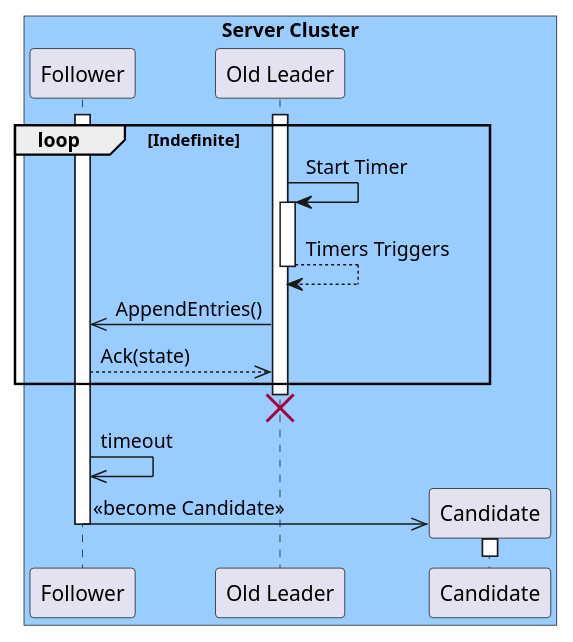
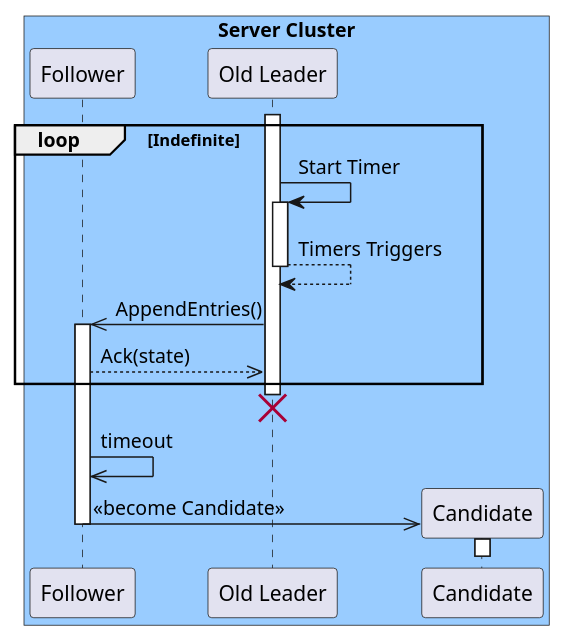
The diagram in doc/plantuml/seqDiagrams/Candidatura.plantuml (thedevstone/akka-raft), drawn with PlantUML before and after one commit. The commit also changed 5 other files, not shown here.

Commit message:
fixed diagram J

```diff
--- a/doc/plantuml/seqDiagrams/Candidatura.plantuml
+++ b/doc/plantuml/seqDiagrams/Candidatura.plantuml
@@ -1,22 +1,21 @@
 @startuml
   box "Server Cluster" #99CCFF 
     participant "Follower" as Follower
     participant "Old Leader" as OldLeader
     participant "Candidate" as Candidate
   activate OldLeader
-  activate Follower
 
   loop Indefinite
     OldLeader -> OldLeader ++ : Start Timer
     return Timers Triggers
     OldLeader ->> Follower : AppendEntries()
+    activate Follower
     Follower -->> OldLeader: Ack(state)
   end group
-    destroy OldLeader 
-
+    destroy OldLeader
   Follower ->> Follower : timeout
   Follower ->> Candidate ** : <<become Candidate>>
   activate Candidate
   deactivate Follower
 end box
 @enduml
```
